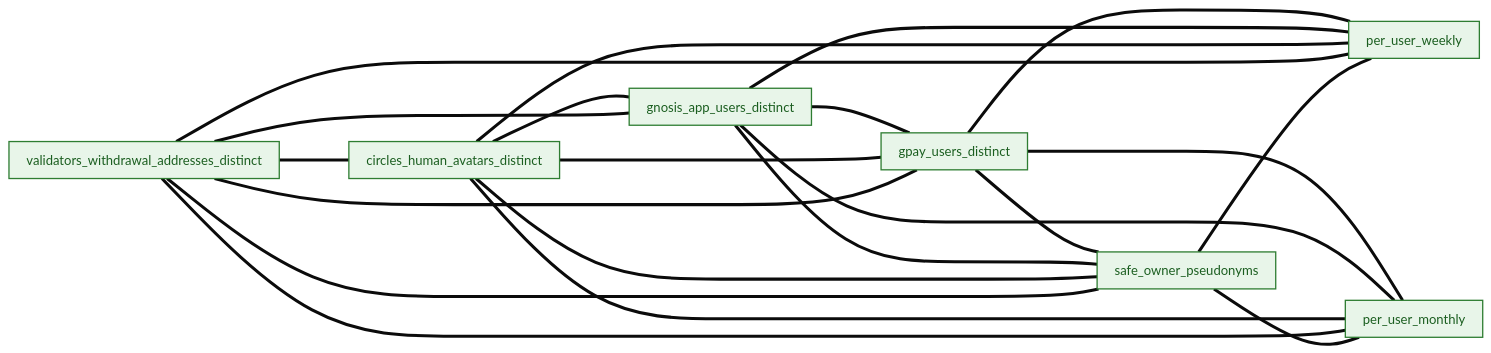
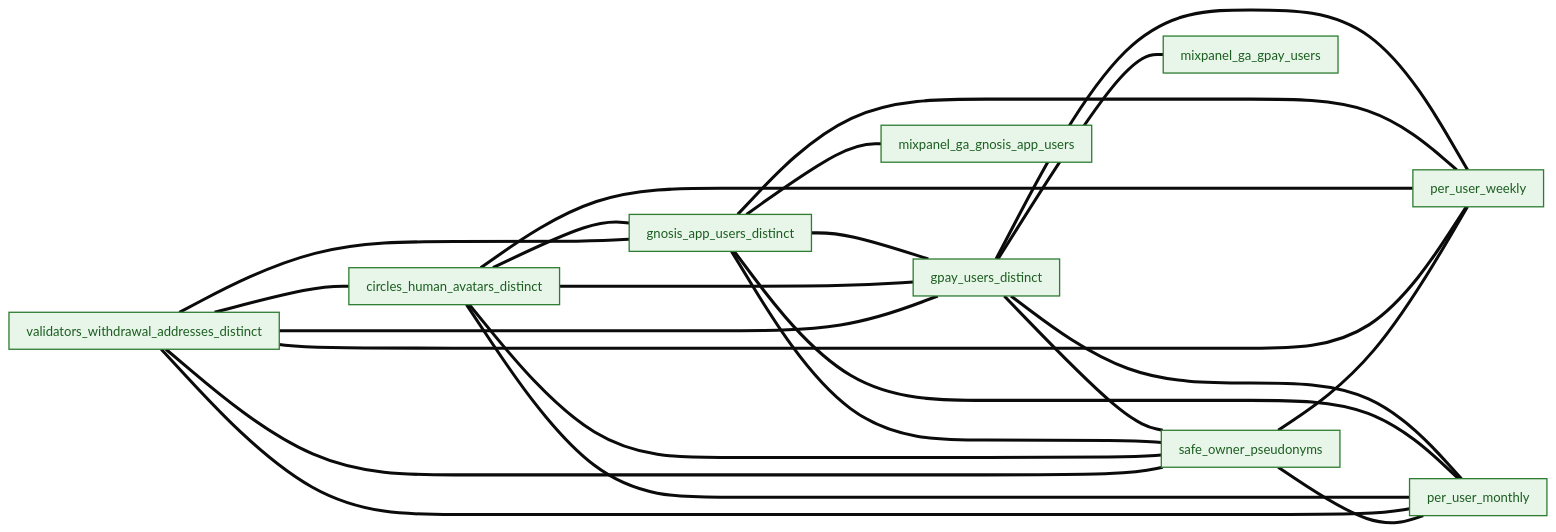
The second of 4 diagrams in docs/data-pipeline/transformation/semantic-layer/graph.md (gnosischain/cerebro-docs), drawn with Mermaid before and after one commit. The commit also changed other lines of this file and 15 other files, not shown here.

Commit message:
feat(semantic): update sector. interactive semantic graph

````diff
--- a/docs/data-pipeline/transformation/semantic-layer/graph.md
+++ b/docs/data-pipeline/transformation/semantic-layer/graph.md
@@ -108,33 +144,37 @@
 ```mermaid
 %%{init: {'theme':'base','flowchart':{'htmlLabels':true,'curve':'basis','nodeSpacing':40,'rankSpacing':80,'padding':10,'subGraphTitleMargin':{'top':6,'bottom':6}},'themeVariables':{'fontSize':'15px','fontFamily':'-apple-system,Segoe UI,Roboto,sans-serif'}}}%%
 flowchart LR
     fct_consensus_validators_withdrawal_addresses_distinct["validators_withdrawal_addresses_distinct"]
     fct_execution_circles_human_avatars_distinct["circles_human_avatars_distinct"]
     fct_execution_gnosis_app_users_distinct["gnosis_app_users_distinct"]
     fct_execution_gpay_users_distinct["gpay_users_distinct"]
     fct_execution_safe_owner_pseudonyms["safe_owner_pseudonyms"]
+    fct_mixpanel_ga_gnosis_app_users["mixpanel_ga_gnosis_app_users"]
+    fct_mixpanel_ga_gpay_users["mixpanel_ga_gpay_users"]
     fct_revenue_per_user_monthly["per_user_monthly"]
     fct_revenue_per_user_weekly["per_user_weekly"]
     classDef user fill:#e8f5e9,stroke:#2e7d32,stroke-width:1.5px,color:#1b5e20;
-    class fct_consensus_validators_withdrawal_addresses_distinct,fct_execution_circles_human_avatars_distinct,fct_execution_gnosis_app_users_distinct,fct_execution_gpay_users_distinct,fct_execution_safe_owner_pseudonyms,fct_revenue_per_user_monthly,fct_revenue_per_user_weekly user;
+    class fct_consensus_validators_withdrawal_addresses_distinct,fct_execution_circles_human_avatars_distinct,fct_execution_gnosis_app_users_distinct,fct_execution_gpay_users_distinct,fct_execution_safe_owner_pseudonyms,fct_mixpanel_ga_gnosis_app_users,fct_mixpanel_ga_gpay_users,fct_revenue_per_user_monthly,fct_revenue_per_user_weekly user;
     fct_execution_gpay_users_distinct === fct_revenue_per_user_weekly
     fct_execution_gpay_users_distinct === fct_revenue_per_user_monthly
     fct_execution_gnosis_app_users_distinct === fct_revenue_per_user_weekly
     fct_execution_gnosis_app_users_distinct === fct_revenue_per_user_monthly
     fct_execution_gnosis_app_users_distinct === fct_execution_gpay_users_distinct
     fct_execution_circles_human_avatars_distinct === fct_revenue_per_user_weekly
     fct_execution_circles_human_avatars_distinct === fct_revenue_per_user_monthly
     fct_execution_circles_human_avatars_distinct === fct_execution_gpay_users_distinct
     fct_execution_circles_human_avatars_distinct === fct_execution_gnosis_app_users_distinct
     fct_consensus_validators_withdrawal_addresses_distinct === fct_revenue_per_user_weekly
     fct_consensus_validators_withdrawal_addresses_distinct === fct_revenue_per_user_monthly
     fct_consensus_validators_withdrawal_addresses_distinct === fct_execution_gpay_users_distinct
     fct_consensus_validators_withdrawal_addresses_distinct === fct_execution_gnosis_app_users_distinct
     fct_execution_gpay_users_distinct === fct_execution_safe_owner_pseudonyms
     fct_execution_gnosis_app_users_distinct === fct_execution_safe_owner_pseudonyms
     fct_execution_circles_human_avatars_distinct === fct_execution_safe_owner_pseudonyms
     fct_consensus_validators_withdrawal_addresses_distinct === fct_execution_safe_owner_pseudonyms
     fct_execution_safe_owner_pseudonyms === fct_revenue_per_user_weekly
     fct_execution_safe_owner_pseudonyms === fct_revenue_per_user_monthly
     fct_consensus_validators_withdrawal_addresses_distinct === fct_execution_circles_human_avatars_distinct
+    fct_execution_gpay_users_distinct === fct_mixpanel_ga_gpay_users
+    fct_execution_gnosis_app_users_distinct === fct_mixpanel_ga_gnosis_app_users
 ```
````
